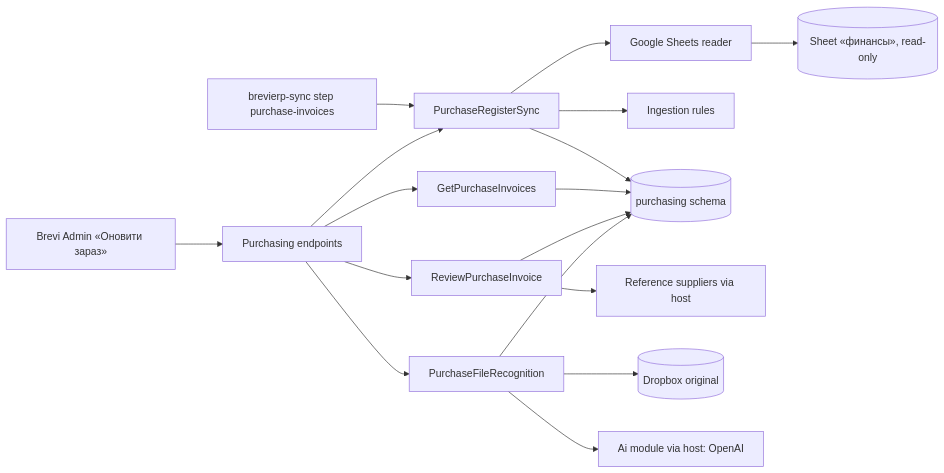
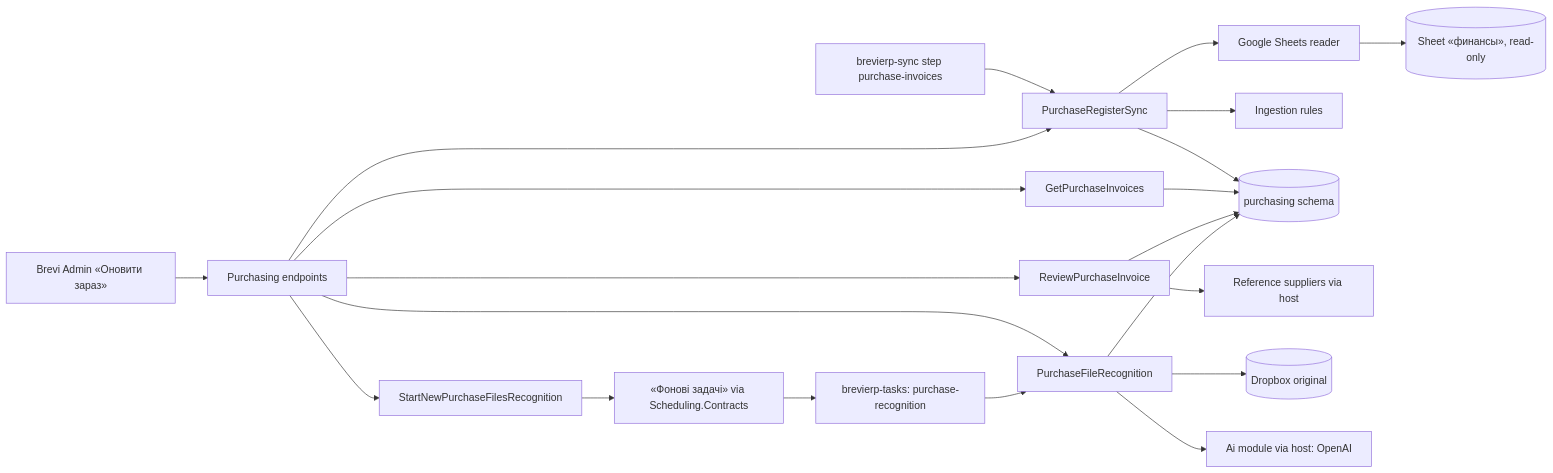
Before and after one commit to Weretik/BreviERP: the diagram in docs/sdd/features/purchasing/purchase-invoices.md, drawn with Mermaid. The commit also changed other lines of this file and 30 other files, not shown here.

First line of the commit message:
Recognize new purchase originals in a background task

````diff
--- a/docs/sdd/features/purchasing/purchase-invoices.md
+++ b/docs/sdd/features/purchasing/purchase-invoices.md
@@ -54,19 +60,23 @@
 ```mermaid
 flowchart LR
   Admin[Brevi Admin «Оновити зараз»] --> Endpoints[Purchasing endpoints]
   Job[brevierp-sync step purchase-invoices] --> Sync
   Endpoints --> Sync[PurchaseRegisterSync]
   Endpoints --> Query[GetPurchaseInvoices]
   Sync --> Reader[Google Sheets reader]
   Reader --> Sheet[(Sheet «финансы», read-only)]
   Sync --> Rules[Ingestion rules]
   Sync --> Db[(purchasing schema)]
   Query --> Db
   Endpoints --> Review[ReviewPurchaseInvoice]
   Review --> Suppliers[Reference suppliers via host]
   Review --> Db
   Endpoints --> Recognize[PurchaseFileRecognition]
   Recognize --> Dropbox[(Dropbox original)]
   Recognize --> Ai[Ai module via host: OpenAI]
   Recognize --> Db
+  Endpoints --> Start[StartNewPurchaseFilesRecognition]
+  Start --> Tasks[«Фонові задачі» via Scheduling.Contracts]
+  Tasks --> TaskJob[brevierp-tasks: purchase-recognition]
+  TaskJob --> Recognize
 ```
````
